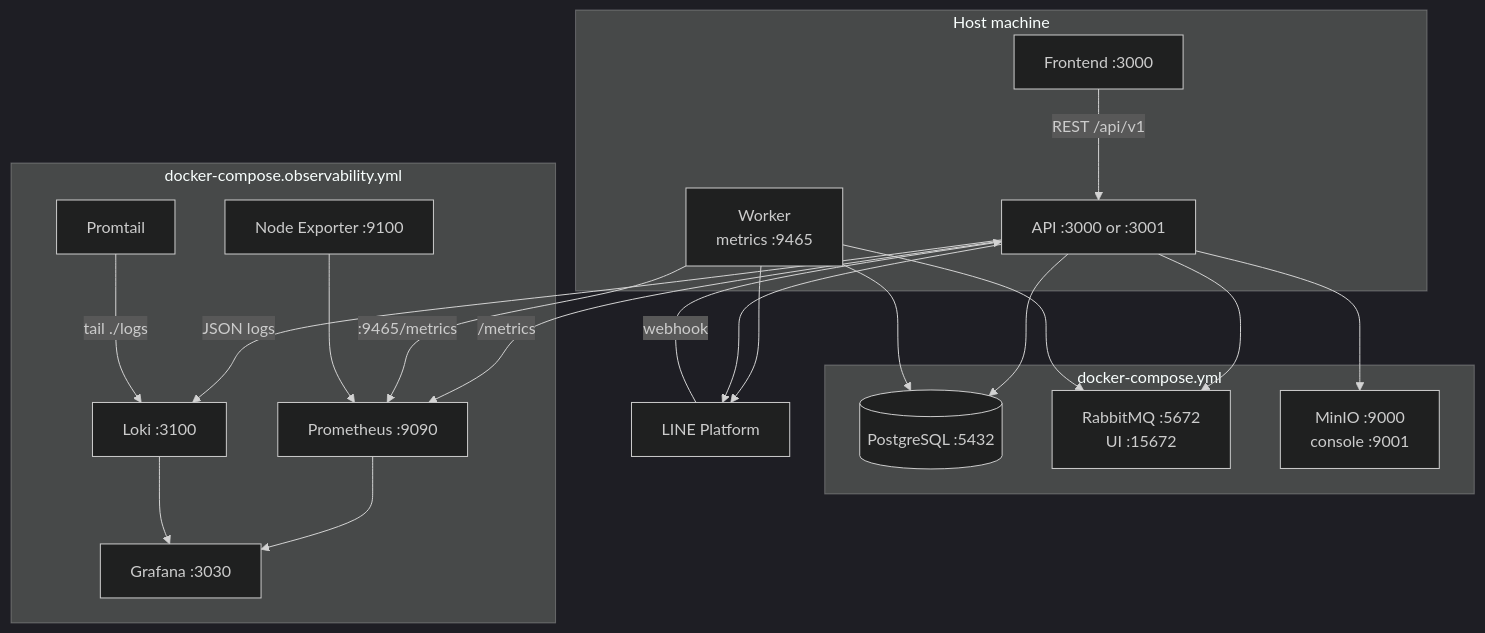
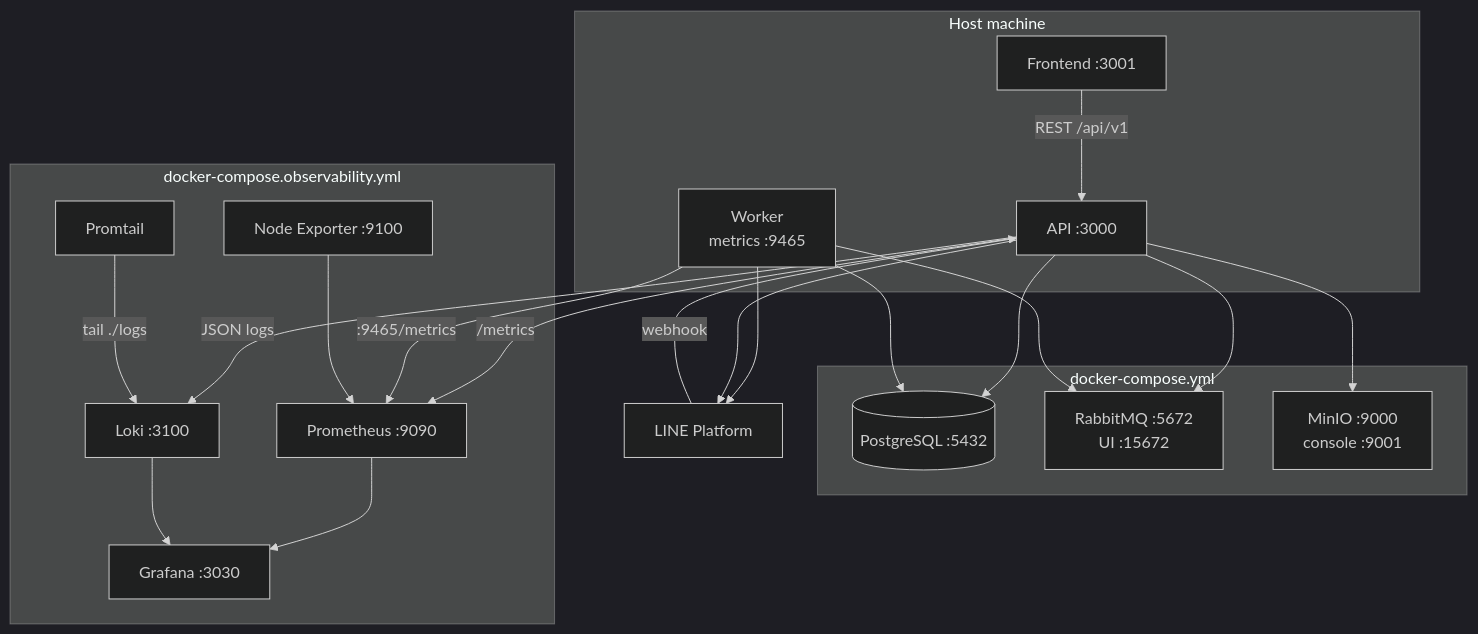
Before and after one commit to kittiBank/crm-lineoa-api: the first of 3 diagrams in docs/architecture/02-containers.md, drawn with Mermaid (dark theme). The commit also changed other lines of this file and 1 other file, not shown here.

Commit message:
docs: update architecture for Vercel, GCP, Neon, and GCS

````diff
--- a/docs/architecture/02-containers.md
+++ b/docs/architecture/02-containers.md
@@ -25,39 +25,39 @@
 ```mermaid
 flowchart TB
   subgraph host [Host machine]
-    FE[Frontend :3000]
-    API[API :3000 or :3001]
+    FE[Frontend :3001]
+    API[API :3000]
     W[Worker<br/>metrics :9465]
   end
 
   subgraph compose [docker-compose.yml]
     PG[(PostgreSQL :5432)]
     RMQ[RabbitMQ :5672<br/>UI :15672]
     MINIO[MinIO :9000<br/>console :9001]
   end
 
   subgraph obs [docker-compose.observability.yml]
     PROM[Prometheus :9090]
     GRAF[Grafana :3030]
     LOKI[Loki :3100]
     PT[Promtail]
     NE[Node Exporter :9100]
   end
 
   FE -->|REST /api/v1| API
   LINE[LINE Platform] -->|webhook| API
   API --> PG
   W --> PG
   API --> RMQ
   W --> RMQ
   API --> MINIO
   API -->|/metrics| PROM
   W -->|:9465/metrics| PROM
   API -->|JSON logs| LOKI
   PT -->|tail ./logs| LOKI
   NE --> PROM
   PROM --> GRAF
   LOKI --> GRAF
   W --> LINE
   API --> LINE
 ```
````
